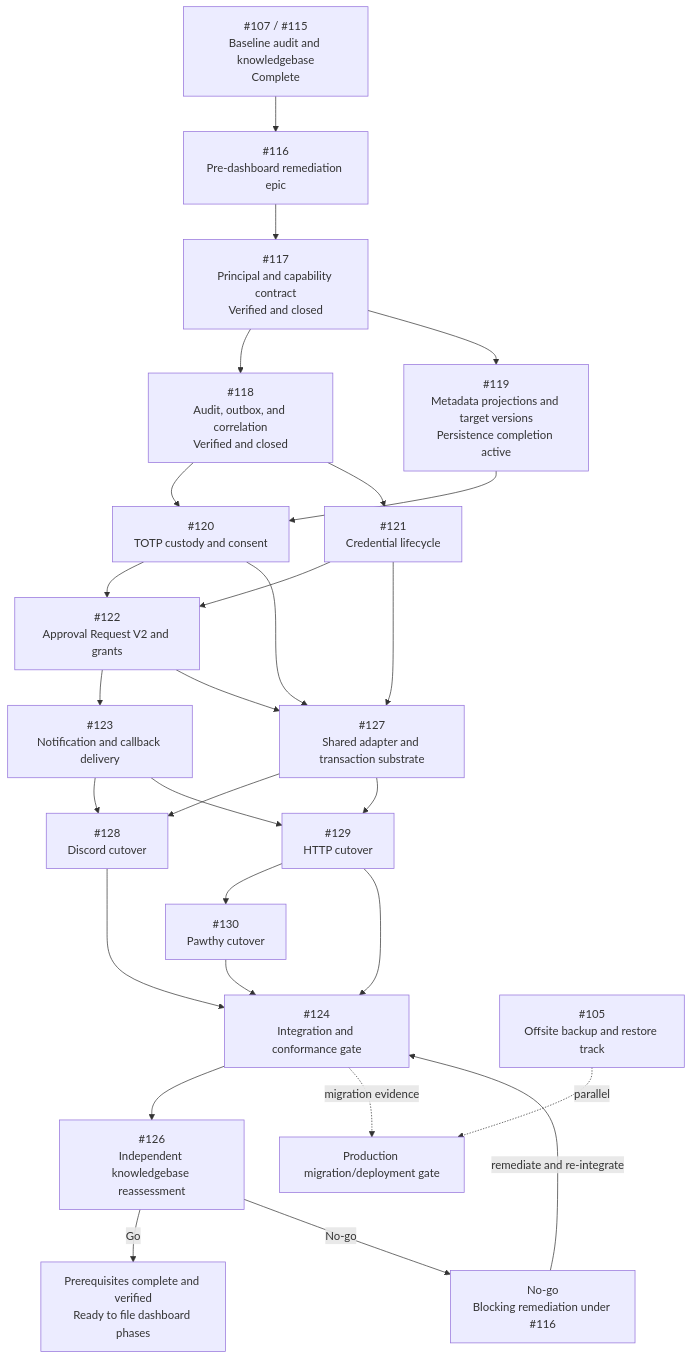
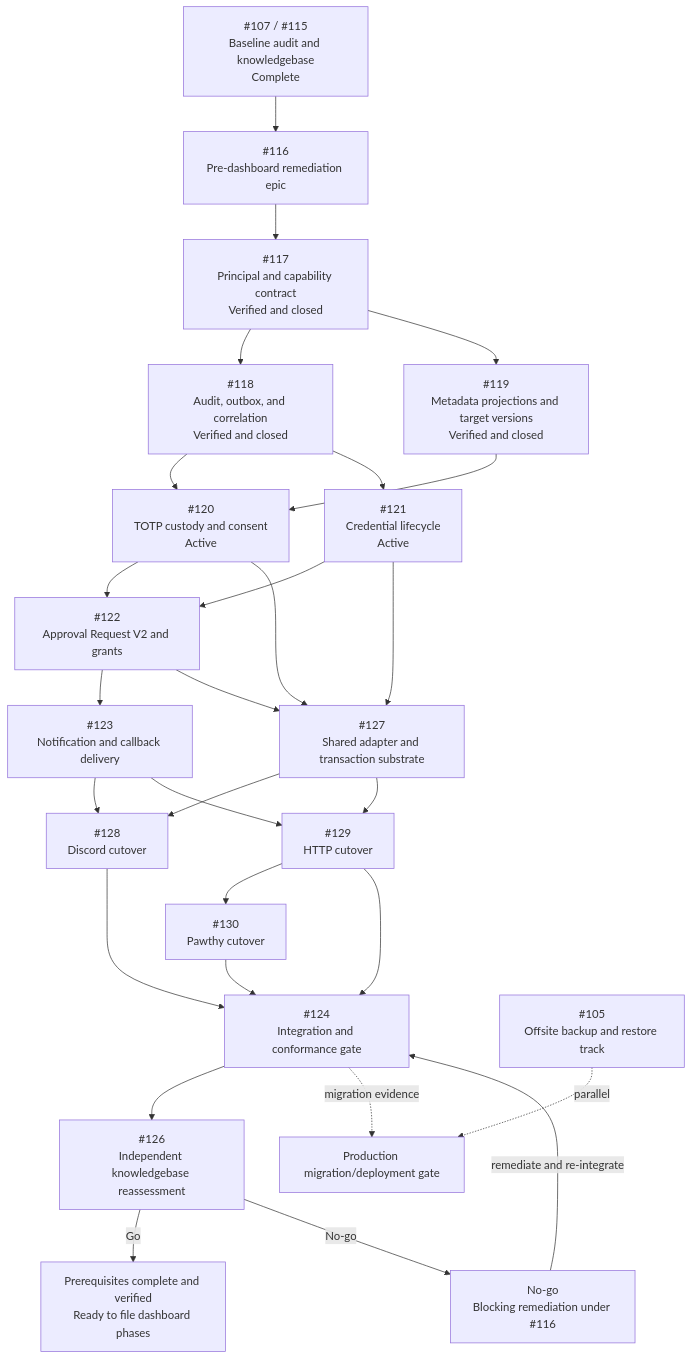
The diagram in docs/epics/rbac-prerequisite-execution-graph.md (kuasha420/purrmission), drawn with Mermaid before and after one commit. The commit also changed other lines of this file and 1 other file, not shown here.

````diff
--- a/docs/epics/rbac-prerequisite-execution-graph.md
+++ b/docs/epics/rbac-prerequisite-execution-graph.md
@@ -78,50 +76,50 @@
 ```mermaid
 flowchart TD
   BASE["#107 / #115<br/>Baseline audit and knowledgebase<br/>Complete"]
   EPIC["#116<br/>Pre-dashboard remediation epic"]
   I117["#117<br/>Principal and capability contract<br/>Verified and closed"]
   I118["#118<br/>Audit, outbox, and correlation<br/>Verified and closed"]
-  I119["#119<br/>Metadata projections and target versions<br/>Persistence completion active"]
-  I120["#120<br/>TOTP custody and consent"]
-  I121["#121<br/>Credential lifecycle"]
+  I119["#119<br/>Metadata projections and target versions<br/>Verified and closed"]
+  I120["#120<br/>TOTP custody and consent<br/>Active"]
+  I121["#121<br/>Credential lifecycle<br/>Active"]
   I122["#122<br/>Approval Request V2 and grants"]
   I123["#123<br/>Notification and callback delivery"]
   I127["#127<br/>Shared adapter and transaction substrate"]
   I128["#128<br/>Discord cutover"]
   I129["#129<br/>HTTP cutover"]
   I130["#130<br/>Pawthy cutover"]
   I124["#124<br/>Integration and conformance gate"]
   I126["#126<br/>Independent knowledgebase reassessment"]
   READY["Prerequisites complete and verified<br/>Ready to file dashboard phases"]
   NOGO["No-go<br/>Blocking remediation under #116"]
   I105["#105<br/>Offsite backup and restore track"]
   PROD["Production migration/deployment gate"]
 
   BASE --> EPIC
   EPIC --> I117
   I117 --> I118
   I117 --> I119
   I118 --> I120
   I119 --> I120
   I118 --> I121
   I120 --> I122
   I121 --> I122
   I122 --> I123
   I120 --> I127
   I121 --> I127
   I122 --> I127
   I123 --> I128
   I127 --> I128
   I123 --> I129
   I127 --> I129
   I129 --> I130
   I128 --> I124
   I129 --> I124
   I130 --> I124
   I124 --> I126
   I126 -->|Go| READY
   I126 -->|No-go| NOGO
   NOGO -->|remediate and re-integrate| I124
   I105 -. parallel .-> PROD
   I124 -. migration evidence .-> PROD
 ```
````
